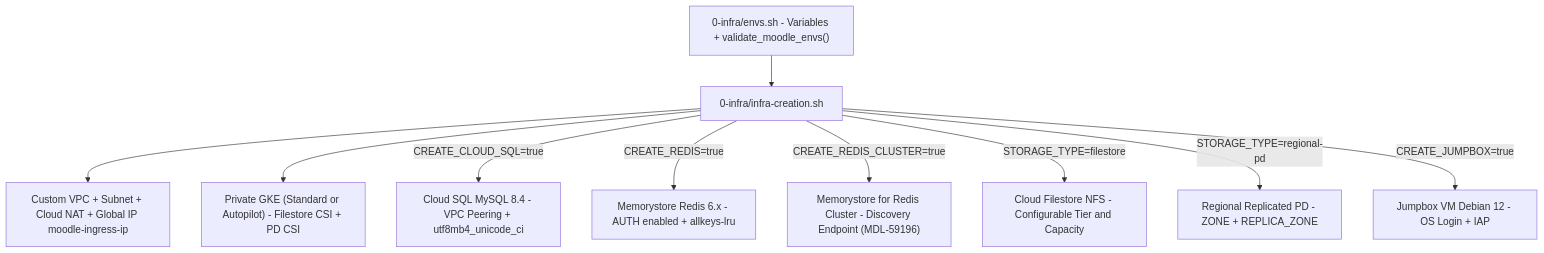
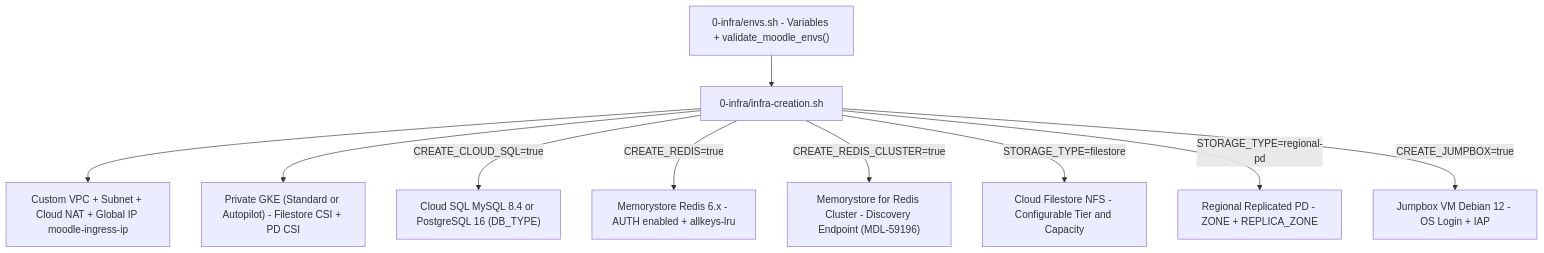
The diagram in openwiki/architecture/infrastructure-and-networking.md (google/moodle-on-gcp), drawn with Mermaid before and after one commit. The commit also changed other lines of this file and 42 other files, not shown here.

````diff
--- a/openwiki/architecture/infrastructure-and-networking.md
+++ b/openwiki/architecture/infrastructure-and-networking.md
@@ -21,12 +21,12 @@
 ```mermaid
 flowchart TD
     Envs["0-infra/envs.sh - Variables + validate_moodle_envs()"] --> Infra["0-infra/infra-creation.sh"]
     Infra --> VPC["Custom VPC + Subnet + Cloud NAT + Global IP moodle-ingress-ip"]
     Infra --> GKE["Private GKE (Standard or Autopilot) - Filestore CSI + PD CSI"]
-    Infra -->|CREATE_CLOUD_SQL=true| SQL["Cloud SQL MySQL 8.4 - VPC Peering + utf8mb4_unicode_ci"]
+    Infra -->|CREATE_CLOUD_SQL=true| SQL["Cloud SQL MySQL 8.4 or PostgreSQL 16 (DB_TYPE)"]
     Infra -->|CREATE_REDIS=true| Redis["Memorystore Redis 6.x - AUTH enabled + allkeys-lru"]
     Infra -->|CREATE_REDIS_CLUSTER=true| MRC["Memorystore for Redis Cluster - Discovery Endpoint (MDL-59196)"]
     Infra -->|STORAGE_TYPE=filestore| FS["Cloud Filestore NFS - Configurable Tier and Capacity"]
     Infra -->|STORAGE_TYPE=regional-pd| RPD["Regional Replicated PD - ZONE + REPLICA_ZONE"]
     Infra -->|CREATE_JUMPBOX=true| Jump["Jumpbox VM Debian 12 - OS Login + IAP"]
 ```
````
